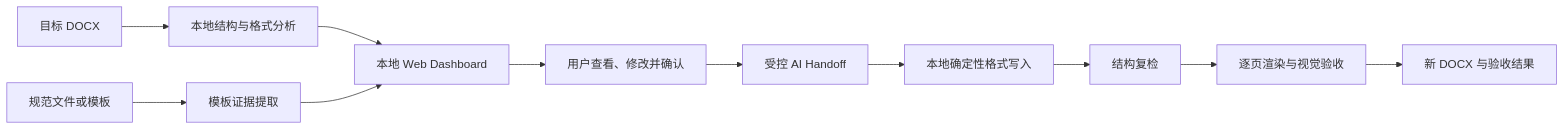
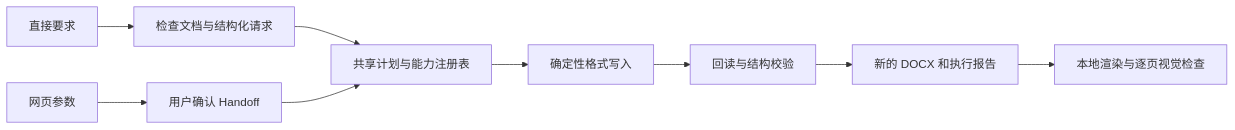
One commit to xiaoyang732/word-format-master changed the diagram in README.md. Above: the diagram before and after it, drawn with Mermaid. The commit also changed other lines of this file and 36 other files, not shown here.

````diff
--- a/README.md
+++ b/README.md
@@ -21,13 +78,11 @@
 ```mermaid
 flowchart LR
-    A[目标 DOCX] --> B[本地结构与格式分析]
-    T[规范文件或模板] --> C[模板证据提取]
-    B --> D[本地 Web Dashboard]
-    C --> D
-    D --> E[用户查看、修改并确认]
-    E --> F[受控 AI Handoff]
-    F --> G[本地确定性格式写入]
-    G --> H[结构复检]
-    H --> I[逐页渲染与视觉验收]
-    I --> J[新 DOCX 与验收结果]
+    A[直接要求] --> B[检查文档与结构化请求]
+    C[网页参数] --> D[用户确认 Handoff]
+    B --> E[共享计划与能力注册表]
+    D --> E
+    E --> F[确定性格式写入]
+    F --> G[回读与结构校验]
+    G --> H[新的 DOCX 和执行报告]
+    H --> I[本地渲染与逐页视觉检查]
 ```
````
